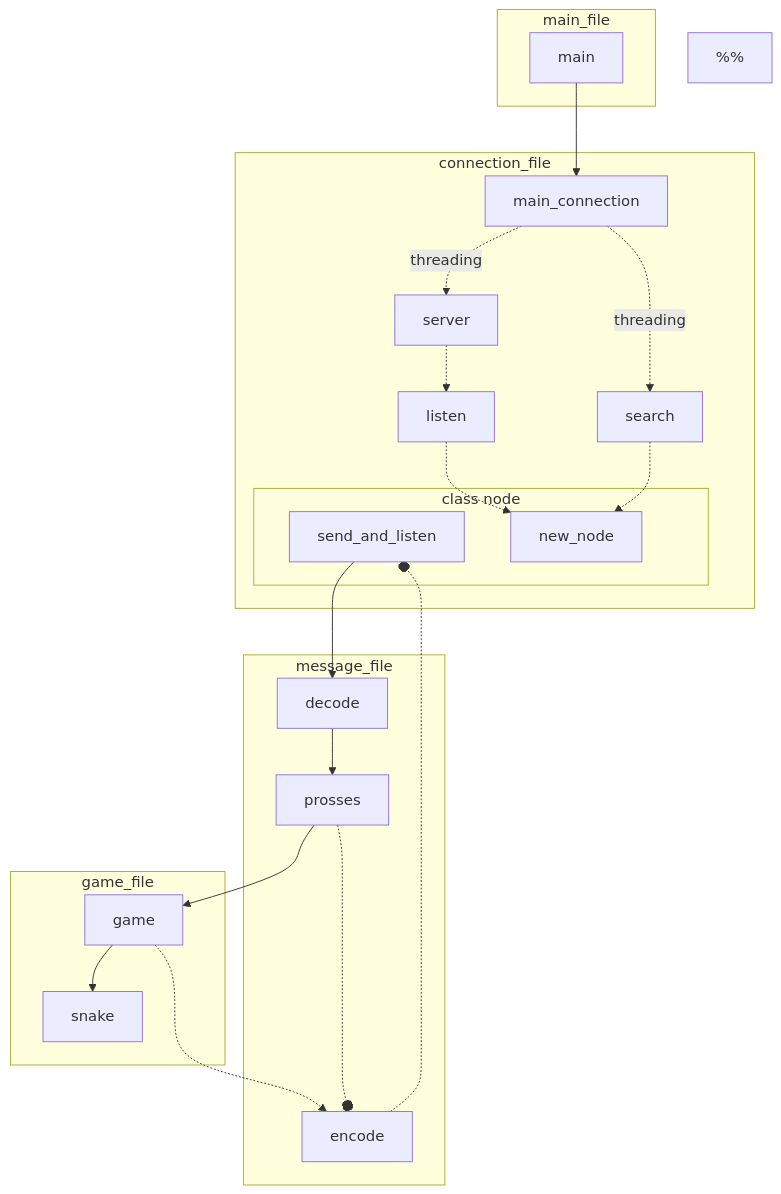
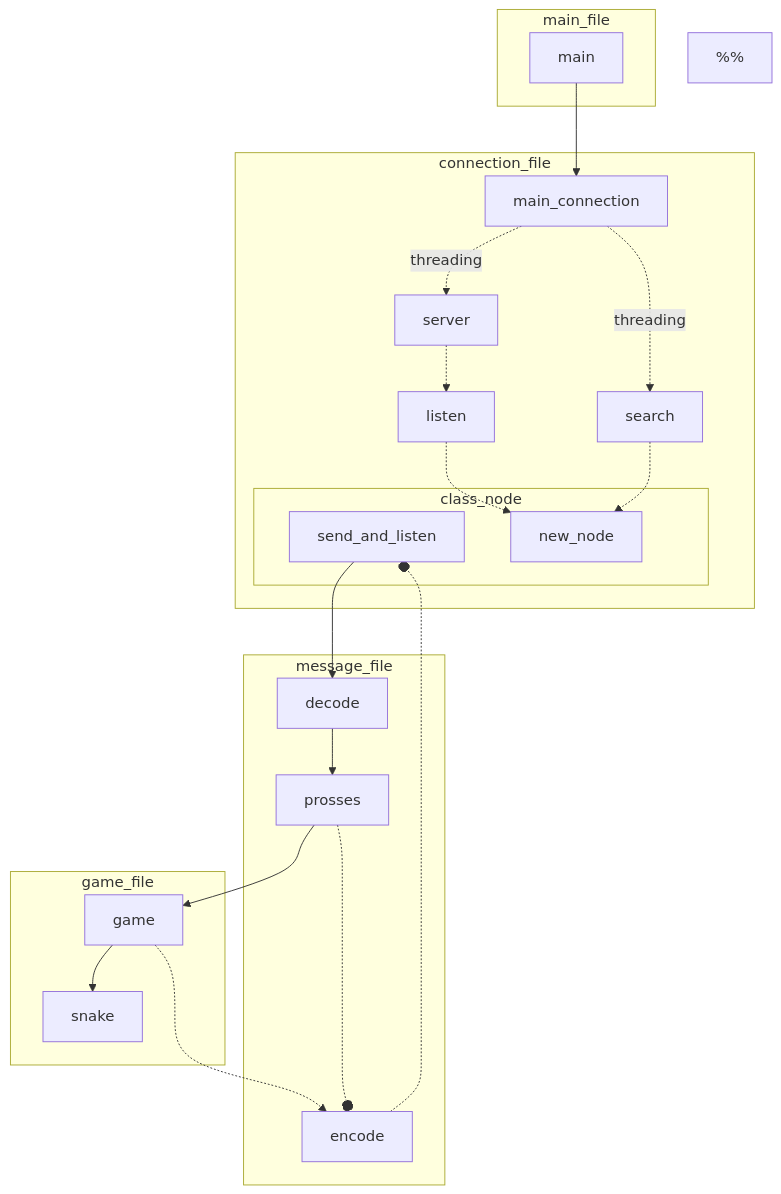
The first of 2 diagrams in plan/summary of program.md (champps/p2p-snake-python), drawn with Mermaid before and after one commit. The commit also changed other lines of this file and 6 other files, not shown here.

````diff
--- a/plan/summary of program.md
+++ b/plan/summary of program.md
@@ -3,57 +3,58 @@
 ```mermaid
 graph TD;
-                
-        subgraph main_file
-    main
-        end
 
-        subgraph connection_file
-        main_connection
-        server
-        listen
-        search
-        
-            subgraph class node
-            send_and_listen
-            new_node
-            end
-        
-        end
+subgraph main_file
+main
+end
 
-        
-        subgraph message_file
-        decode
-        encode
-        prosses
-        end
-        
-        subgraph game_file
-        game
-        snake
-        
-        
-        end
-                
-        %% main to connect_file
-        main --> main_connection
-        main_connection -. threading .-> search & server
-        listen -.-> new_node
-        search -.-> new_node
-        server -.-> listen
-        
-        %% prosses message 
-        prosses --> game
-        game --> snake
-        game -..-> encode
-        
-        
-        %% connect_file to message_file
-        send_and_listen --> decode
-        decode --> prosses
-        encode -.-o send_and_listen
-        prosses -.-o encode
-        
-        %%
+subgraph connection_file
+main_connection
+server
+listen
+search
+
+subgraph class_node
+send_and_listen
+new_node
+
+end
+
+end
+
+
+subgraph message_file
+decode
+encode
+prosses
+end
+
+subgraph game_file
+game
+snake
+
+
+end
+
+%% main to connect_file
+main --> main_connection
+main_connection -. threading .-> search & server
+listen -.-> new_node
+search -.-> new_node
+server -.-> listen
+
+%% prosses message
+prosses --> game
+game --> snake
+game -..-> encode
+
+
+%% connect_file to message_file
+send_and_listen --> decode
+decode --> prosses
+encode -.-o send_and_listen
+prosses -.-o encode
+
+%%
 
 
 ```
````
